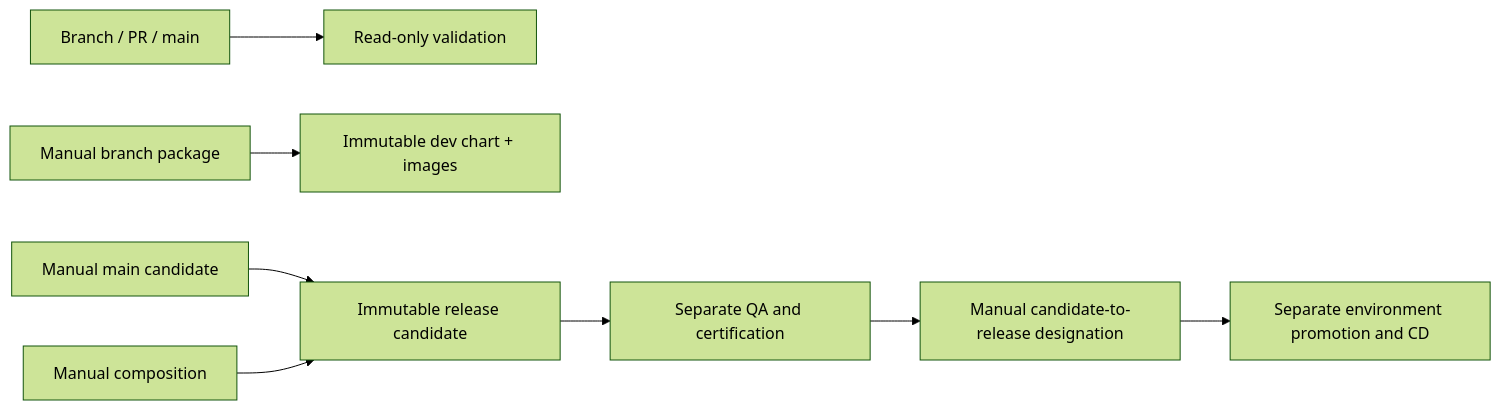
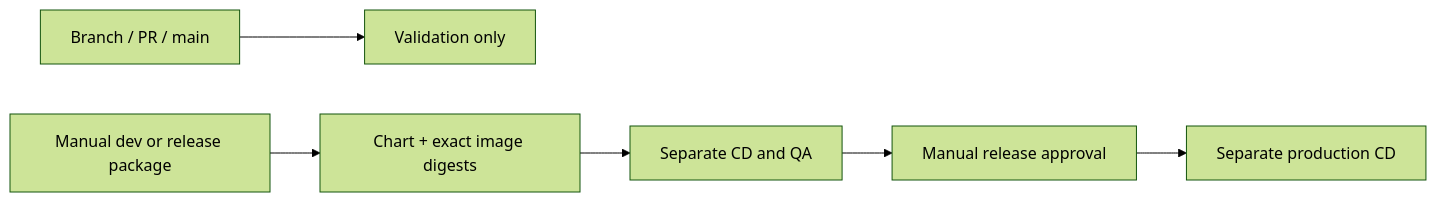
Before and after one commit to RPJWeez/delivery-reference-platform: the diagram in README.md, drawn with Mermaid (forest theme). The commit also changed other lines of this file and 14 other files, not shown here.

````diff
--- a/README.md
+++ b/README.md
@@ -19,10 +19,8 @@
 ```mermaid
 flowchart LR
-  Source[Branch / PR / main] --> Validate[Read-only validation]
-  Branch[Manual branch package] --> Dev[Immutable dev chart + images]
-  Main[Manual main candidate] --> RC[Immutable release candidate]
-  Compose[Manual composition] --> RC
-  RC --> QA[Separate QA and certification]
-  QA --> Promote[Manual candidate-to-release designation]
-  Promote --> CD[Separate environment promotion and CD]
+  Source[Branch / PR / main] --> Validate[Validation only]
+  Manual[Manual dev or release package] --> Package[Chart + exact image digests]
+  Package --> QA[Separate CD and QA]
+  QA --> Release[Manual release approval]
+  Release --> CD[Separate production CD]
 ```
````
